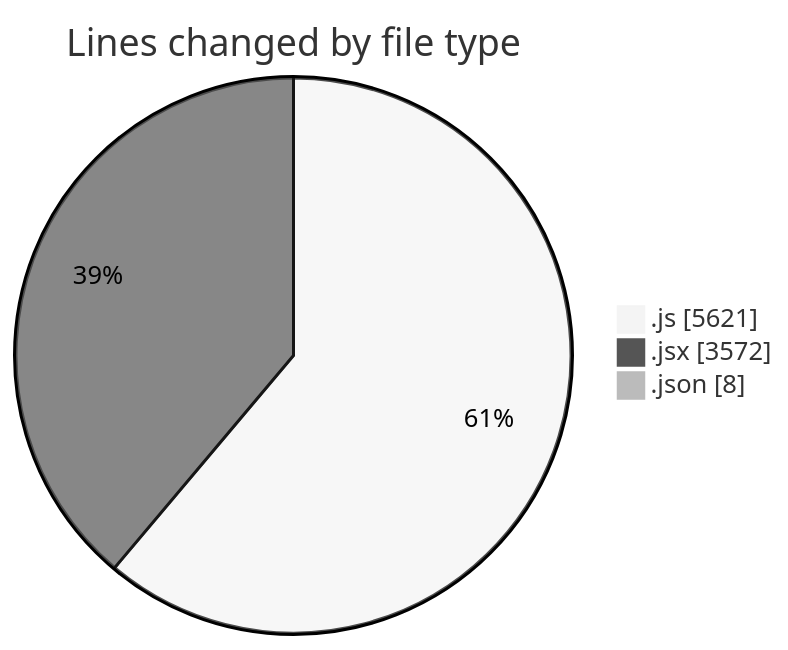
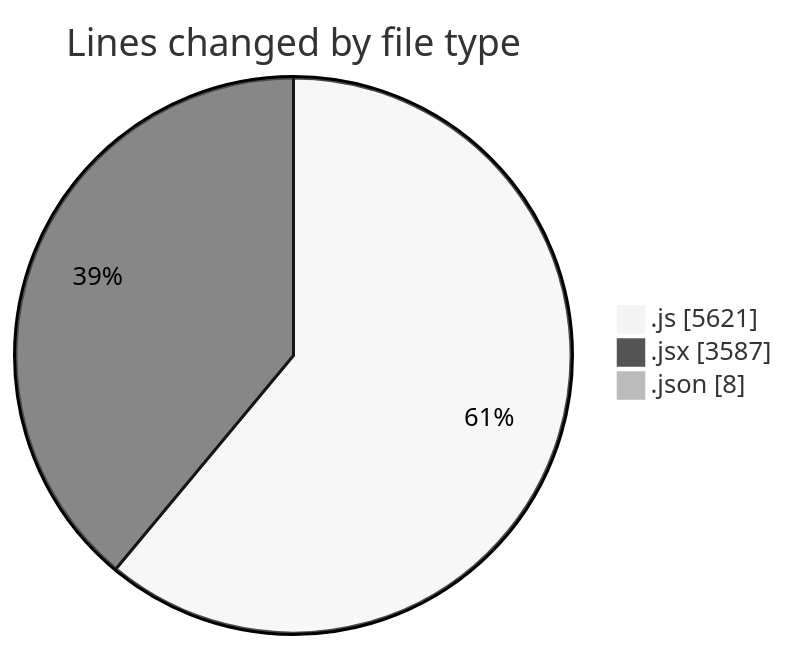
Before and after one commit to nxtqubesakshisongat/code-tracking: the first of 2 diagrams in 2025-07-23/nxtqube_webapp/README.md, drawn with Mermaid (neutral theme). The commit also changed other lines of this file and 1 other file, not shown here.

````diff
--- a/2025-07-23/nxtqube_webapp/README.md
+++ b/2025-07-23/nxtqube_webapp/README.md
@@ -62,7 +62,7 @@
 ```mermaid
 pie showData
 title Lines changed by file type
 ".js" : 5621
-".jsx" : 3572
+".jsx" : 3587
 ".json" : 8
 ```
````
